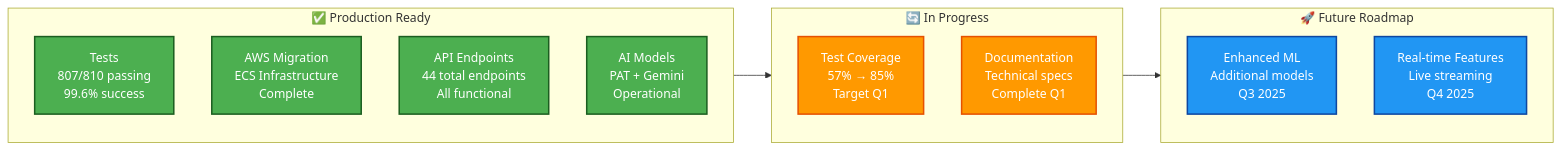
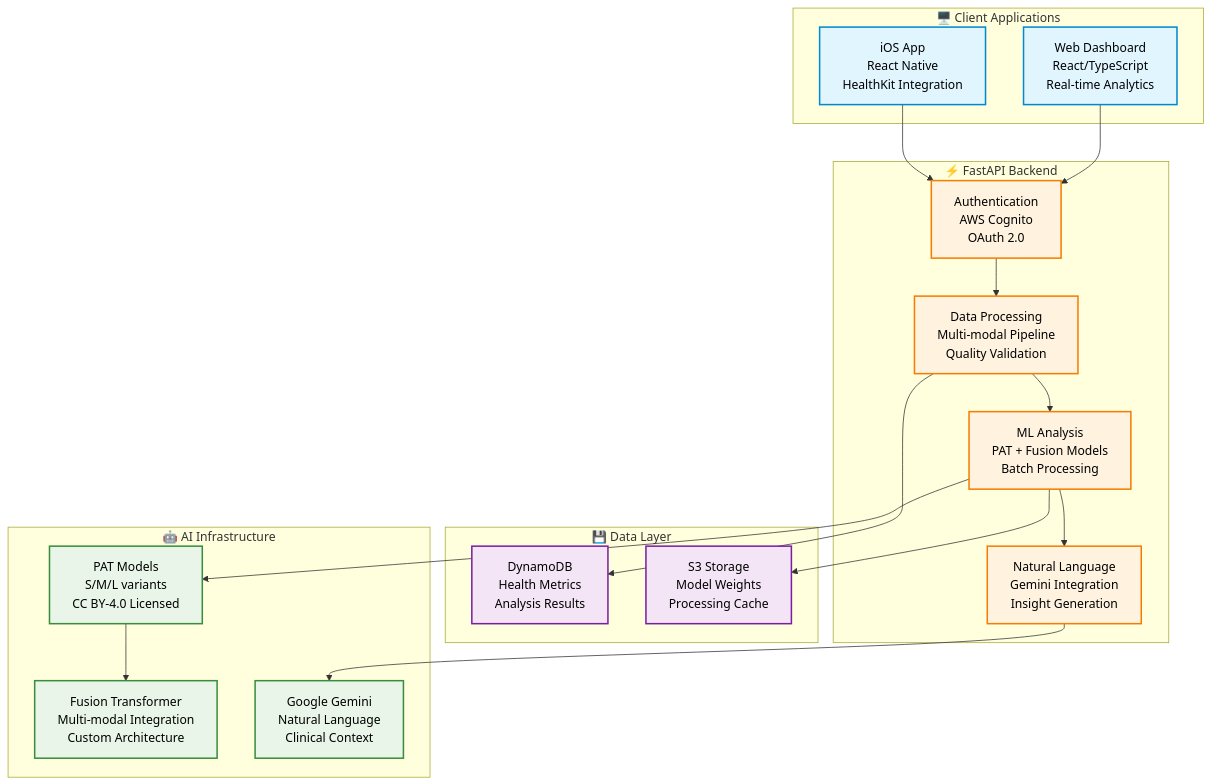
One commit to Clairty-Digital-Twin/clarity-loop-backend changed the second of 2 diagrams in README.md. Above: the diagram before and after it, drawn with Mermaid. The commit also changed other lines of this file and 1 other file, not shown here.

First line of the commit message:
fix: Enhance type hinting in health data API tests for improved clarity

````diff
--- a/README.md
+++ b/README.md
@@ -346,30 +82,43 @@
 ```mermaid
-flowchart LR
-    subgraph Complete ["✅ Production Ready"]
-        Tests[Tests<br/>807/810 passing<br/>99.6% success]
-        AWS[AWS Migration<br/>ECS Infrastructure<br/>Complete]
-        API[API Endpoints<br/>44 total endpoints<br/>All functional]
-        Models[AI Models<br/>PAT + Gemini<br/>Operational]
+graph TB
+    subgraph Frontend ["🖥️ Client Applications"]
+        A[iOS App<br/>React Native<br/>HealthKit Integration]
+        B[Web Dashboard<br/>React/TypeScript<br/>Real-time Analytics]
     end
     
-    subgraph InProgress ["🔄 In Progress"]
-        Coverage[Test Coverage<br/>57% → 85%<br/>Target Q1]
-        Docs[Documentation<br/>Technical specs<br/>Complete Q1]
+    subgraph API ["⚡ FastAPI Backend"]
+        C[Authentication<br/>AWS Cognito<br/>OAuth 2.0]
+        D[Data Processing<br/>Multi-modal Pipeline<br/>Quality Validation]
+        E[ML Analysis<br/>PAT + Fusion Models<br/>Batch Processing]
+        F[Natural Language<br/>Gemini Integration<br/>Insight Generation]
     end
     
-    subgraph Roadmap ["🚀 Future Roadmap"]
-        Enhanced[Enhanced ML<br/>Additional models<br/>Q3 2025]
-        Realtime[Real-time Features<br/>Live streaming<br/>Q4 2025]
+    subgraph Storage ["💾 Data Layer"]
+        G[DynamoDB<br/>Health Metrics<br/>Analysis Results]
+        H[S3 Storage<br/>Model Weights<br/>Processing Cache]
     end
     
-    Complete --> InProgress
-    InProgress --> Roadmap
+    subgraph ML ["🤖 AI Infrastructure"]
+        I[PAT Models<br/>S/M/L variants<br/>CC BY-4.0 Licensed]
+        J[Fusion Transformer<br/>Multi-modal Integration<br/>Custom Architecture]
+        K[Google Gemini<br/>Natural Language<br/>Clinical Context]
+    end
     
-    classDef complete fill:#4caf50,stroke:#1b5e20,stroke-width:2px,color:white
-    classDef progress fill:#ff9900,stroke:#e65100,stroke-width:2px,color:white
-    classDef future fill:#2196f3,stroke:#0d47a1,stroke-width:2px,color:white
+    A --> C
+    B --> C
+    C --> D --> E --> F
+    D --> G
+    E --> H
+    E --> I --> J
+    F --> K
     
-    class Tests,AWS,API,Models complete
-    class Coverage,Docs progress
-    class Enhanced,Realtime future
+    classDef frontend fill:#e1f5fe,stroke:#0288d1,stroke-width:2px,color:black
+    classDef api fill:#fff3e0,stroke:#f57c00,stroke-width:2px,color:black
+    classDef storage fill:#f3e5f5,stroke:#7b1fa2,stroke-width:2px,color:black
+    classDef ml fill:#e8f5e8,stroke:#388e3c,stroke-width:2px,color:black
+    
+    class A,B frontend
+    class C,D,E,F api
+    class G,H storage
+    class I,J,K ml
 ```
````
